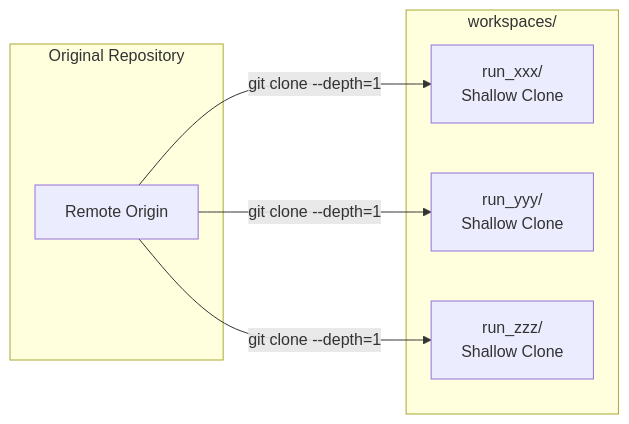
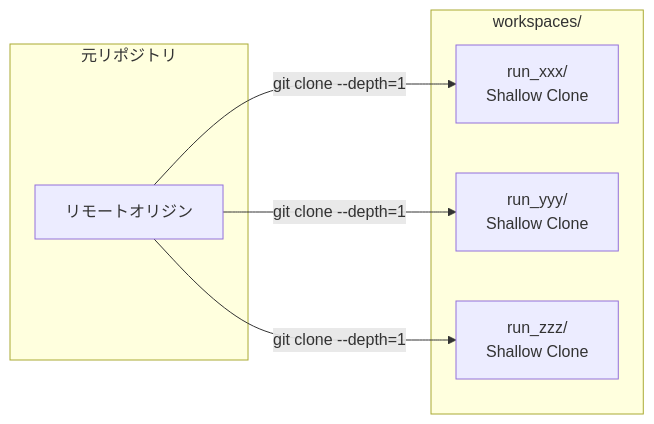
Before and after one commit to hampen2929/zloth: the tenth of 15 diagrams in docs/architecture.md, drawn with Mermaid. The commit also changed other lines of this file, not shown here.

First line of the commit message:
Translate architecture documentation to Japanese

````diff
--- a/docs/architecture.md
+++ b/docs/architecture.md
@@ -476,16 +476,16 @@
 ```mermaid
 flowchart LR
-    subgraph Original["Original Repository"]
-        OR[Remote Origin]
+    subgraph Original["元リポジトリ"]
+        OR[リモートオリジン]
     end
 
     subgraph Workspaces["workspaces/"]
         W1["run_xxx/<br/>Shallow Clone"]
         W2["run_yyy/<br/>Shallow Clone"]
         W3["run_zzz/<br/>Shallow Clone"]
     end
 
     OR -->|git clone --depth=1| W1
     OR -->|git clone --depth=1| W2
     OR -->|git clone --depth=1| W3
 ```
````
